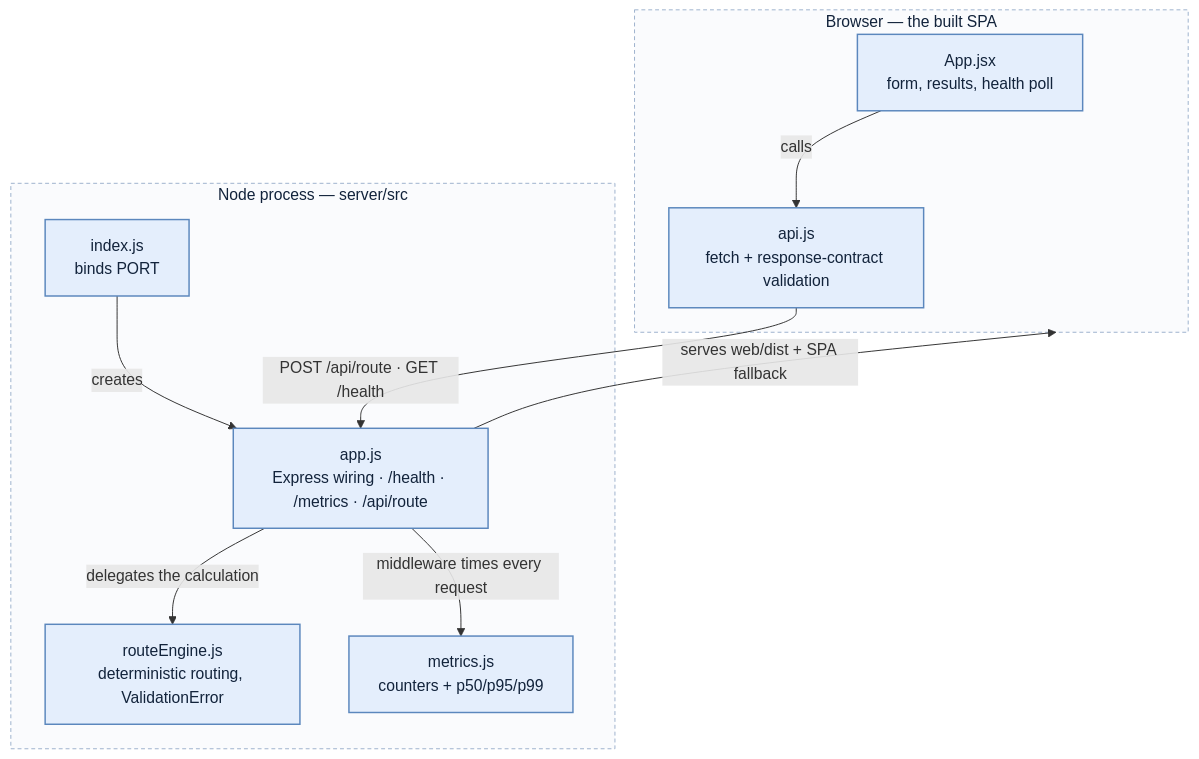
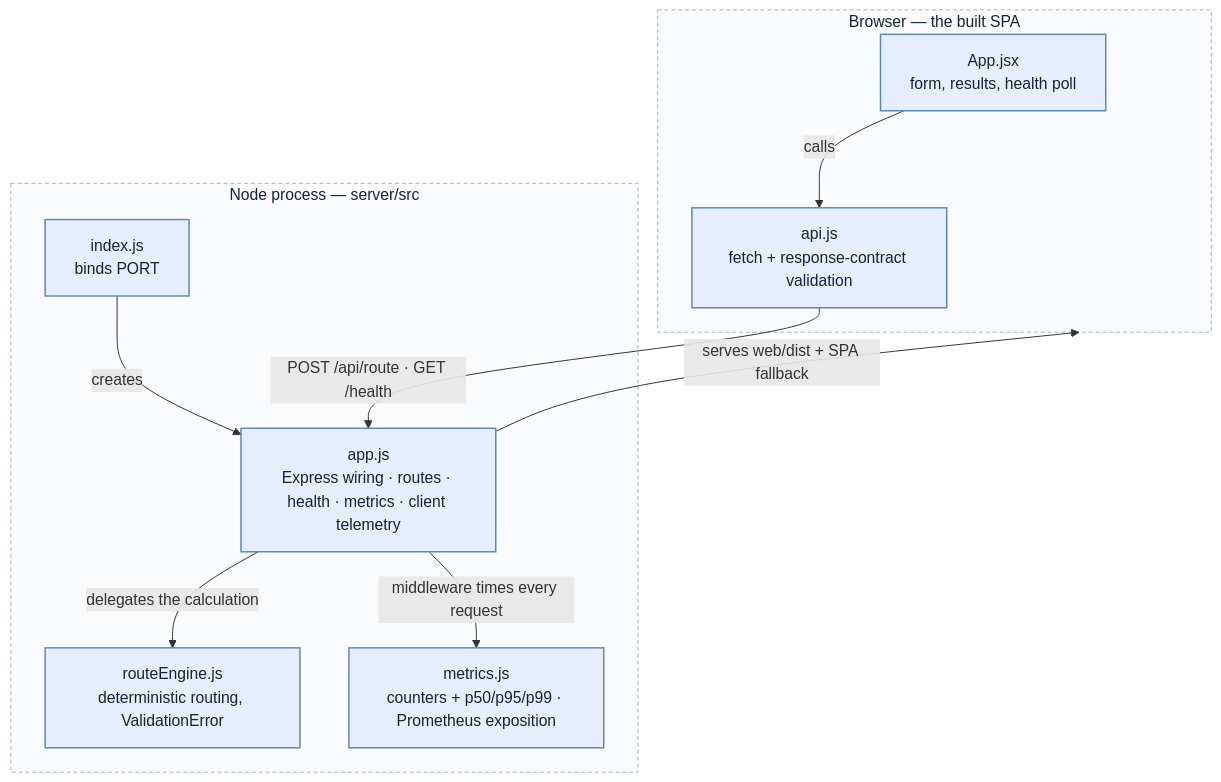
One commit to TryHarder01/release-agent-demo changed the fourth of 7 diagrams in ARCHITECTURE.md. Above: the diagram before and after it, drawn with Mermaid. The commit also changed other lines of this file, not shown here.

First line of the commit message:
docs: refresh ARCHITECTURE.md with current implementation

````diff
--- a/ARCHITECTURE.md
+++ b/ARCHITECTURE.md
@@ -174,26 +175,26 @@
 ```mermaid
 flowchart TB
     subgraph browser["Browser — the built SPA"]
         appjsx["App.jsx\nform, results, health poll"]
         apijs["api.js\nfetch + response-contract validation"]
     end
 
     subgraph server["Node process — server/src"]
         index["index.js\nbinds PORT"]
-        app["app.js\nExpress wiring · /health · /metrics · /api/route"]
+        app["app.js\nExpress wiring · routes · health · metrics · client telemetry"]
         engine["routeEngine.js\ndeterministic routing, ValidationError"]
-        metrics["metrics.js\ncounters + p50/p95/p99"]
+        metrics["metrics.js\ncounters + p50/p95/p99 · Prometheus exposition"]
     end
 
     appjsx -->|"calls"| apijs
     apijs -->|"POST /api/route · GET /health"| app
     index -->|"creates"| app
     app -->|"delegates the calculation"| engine
     app -->|"middleware times every request"| metrics
     app -->|"serves web/dist + SPA fallback"| browser
 
     classDef internal fill:#e4eefc,stroke:#5b87bd,stroke-width:1.5px,color:#12233b
     classDef boundary fill:#fafbfd,stroke:#9db2cd,stroke-width:1px,stroke-dasharray:4 3,color:#12233b
     class appjsx,apijs,index,app,engine,metrics internal
     class browser,server boundary
 ```
````
